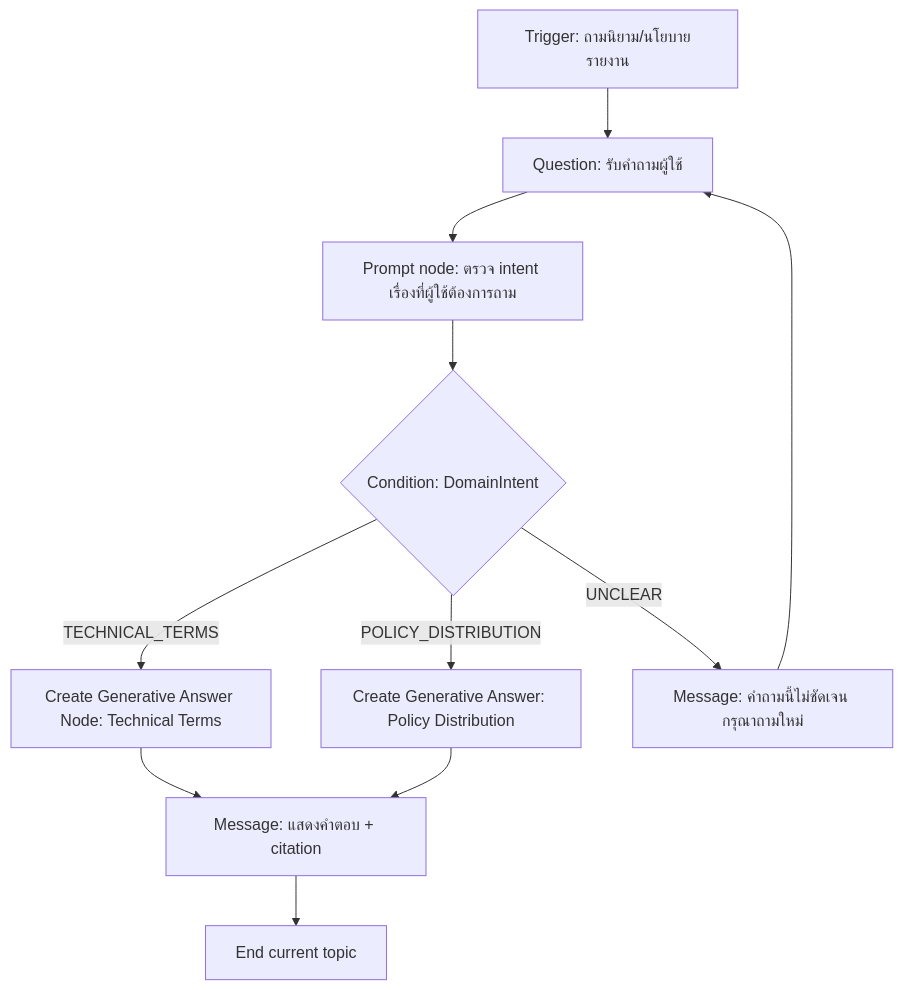
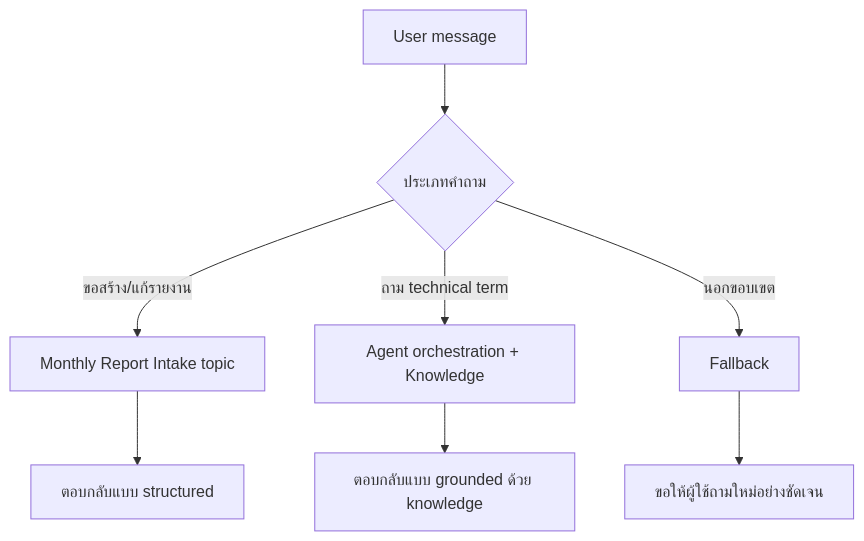
One commit to teerasej/SET-ai-creation-public changed the diagram in exercises/module-4/exercise-1-hybrid-topic-with-generative/README.md. Above: the diagram before and after it, drawn with Mermaid. The commit also changed other lines of this file and 1 other file, not shown here.

````diff
--- a/exercises/module-4/exercise-1-hybrid-topic-with-generative/README.md
+++ b/exercises/module-4/exercise-1-hybrid-topic-with-generative/README.md
@@ -7,13 +9,10 @@
 ```mermaid
 flowchart TD
-    A[Trigger: ถามนิยาม/นโยบายรายงาน] --> B[Question: รับคำถามผู้ใช้]
-    B --> C[Prompt node: ตรวจ intent เรื่องที่ผู้ใช้ต้องการถาม]
-    C --> D{Condition: DomainIntent}
-    D -->|TECHNICAL_TERMS| E[Create Generative Answer Node: Technical Terms]
-    D -->|POLICY_DISTRIBUTION| F[Create Generative Answer: Policy Distribution]
-    D -->|UNCLEAR| G[Message: คำถามนี้ไม่ชัดเจน กรุณาถามใหม่]
-    G --> B
-    E --> H[Message: แสดงคำตอบ + citation]
-    F --> H
-    H --> I[End current topic]
+    A[User message] --> B{ประเภทคำถาม}
+    B -->|ขอสร้าง/แก้รายงาน| C[Monthly Report Intake topic]
+    B -->|ถาม technical term| D[Agent orchestration + Knowledge]
+    B -->|นอกขอบเขต| E[Fallback]
+    C --> F[ตอบกลับแบบ structured]
+    D --> G[ตอบกลับแบบ grounded ด้วย knowledge]
+    E --> H[ขอให้ผู้ใช้ถามใหม่อย่างชัดเจน]
 ```
````
